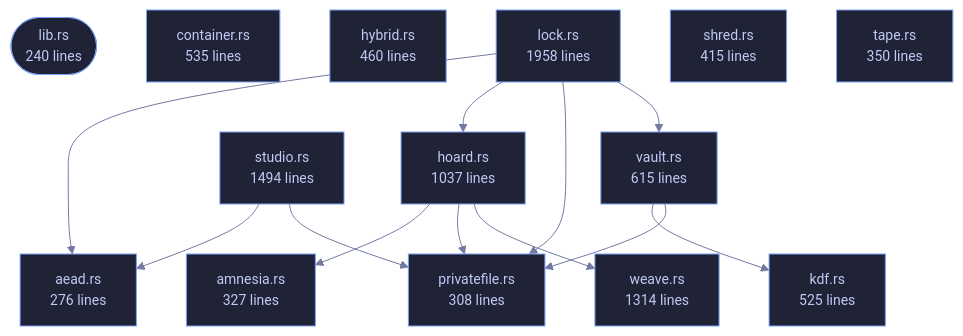
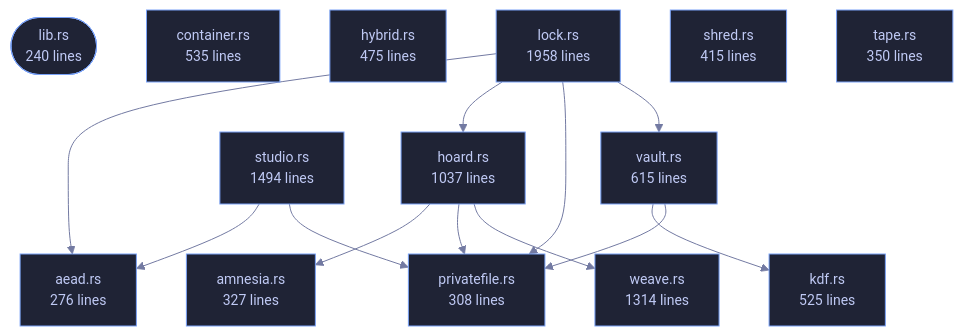
Before and after one commit to tilas01/veilvoice: the diagram in crates/veilvoice-crypto/README.md, drawn with Mermaid. The commit also changed other lines of this file and 137 other files, not shown here.

````diff
--- a/crates/veilvoice-crypto/README.md
+++ b/crates/veilvoice-crypto/README.md
@@ -108,43 +108,43 @@
 ```mermaid
 %%{init: {"theme":"base","themeVariables":{"background":"#1a1b26","primaryColor":"#1f2335","primaryTextColor":"#c0caf5","primaryBorderColor":"#7aa2f7","secondaryColor":"#16161e","tertiaryColor":"#16161e","lineColor":"#737aa2","textColor":"#c0caf5","mainBkg":"#1f2335","nodeBorder":"#7aa2f7","clusterBkg":"#16161e","clusterBorder":"#2f3549","fontFamily":"ui-monospace, SFMono-Regular, Consolas, monospace","fontSize":"14px"}}}%%
 flowchart TD
     n_lib(["lib.rs<br/>240 lines"])
     n_aead["aead.rs<br/>276 lines"]
     n_amnesia["amnesia.rs<br/>327 lines"]
     n_container["container.rs<br/>535 lines"]
     n_hoard["hoard.rs<br/>1037 lines"]
-    n_hybrid["hybrid.rs<br/>460 lines"]
+    n_hybrid["hybrid.rs<br/>475 lines"]
     n_kdf["kdf.rs<br/>525 lines"]
     n_lock["lock.rs<br/>1958 lines"]
     n_privatefile["privatefile.rs<br/>308 lines"]
     n_shred["shred.rs<br/>415 lines"]
     n_studio["studio.rs<br/>1494 lines"]
     n_tape["tape.rs<br/>350 lines"]
     n_vault["vault.rs<br/>615 lines"]
     n_weave["weave.rs<br/>1314 lines"]
     n_hoard --> n_amnesia
     n_hoard --> n_privatefile
     n_hoard --> n_weave
     n_lock --> n_aead
     n_lock --> n_hoard
     n_lock --> n_privatefile
     n_lock --> n_vault
     n_studio --> n_aead
     n_studio --> n_privatefile
     n_vault --> n_kdf
     n_vault --> n_privatefile
     click n_lib href "https://github.com/tilas01/veilvoice/blob/main/crates/veilvoice-crypto/src/lib.rs" "open the source"
     click n_aead href "https://github.com/tilas01/veilvoice/blob/main/crates/veilvoice-crypto/src/aead.rs" "open the source"
     click n_amnesia href "https://github.com/tilas01/veilvoice/blob/main/crates/veilvoice-crypto/src/amnesia.rs" "open the source"
     click n_container href "https://github.com/tilas01/veilvoice/blob/main/crates/veilvoice-crypto/src/container.rs" "open the source"
     click n_hoard href "https://github.com/tilas01/veilvoice/blob/main/crates/veilvoice-crypto/src/hoard.rs" "open the source"
     click n_hybrid href "https://github.com/tilas01/veilvoice/blob/main/crates/veilvoice-crypto/src/hybrid.rs" "open the source"
     click n_kdf href "https://github.com/tilas01/veilvoice/blob/main/crates/veilvoice-crypto/src/kdf.rs" "open the source"
     click n_lock href "https://github.com/tilas01/veilvoice/blob/main/crates/veilvoice-crypto/src/lock.rs" "open the source"
     click n_privatefile href "https://github.com/tilas01/veilvoice/blob/main/crates/veilvoice-crypto/src/privatefile.rs" "open the source"
     click n_shred href "https://github.com/tilas01/veilvoice/blob/main/crates/veilvoice-crypto/src/shred.rs" "open the source"
     click n_studio href "https://github.com/tilas01/veilvoice/blob/main/crates/veilvoice-crypto/src/studio.rs" "open the source"
     click n_tape href "https://github.com/tilas01/veilvoice/blob/main/crates/veilvoice-crypto/src/tape.rs" "open the source"
     click n_vault href "https://github.com/tilas01/veilvoice/blob/main/crates/veilvoice-crypto/src/vault.rs" "open the source"
     click n_weave href "https://github.com/tilas01/veilvoice/blob/main/crates/veilvoice-crypto/src/weave.rs" "open the source"
 ```
````
